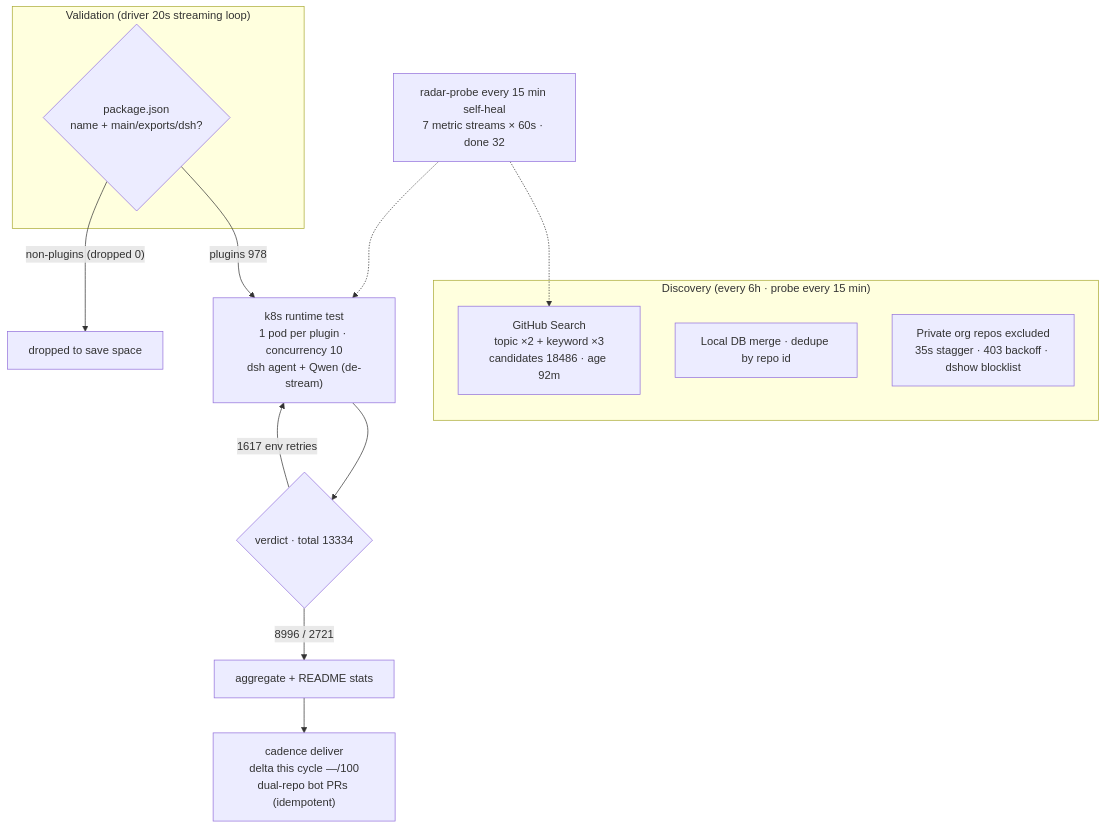
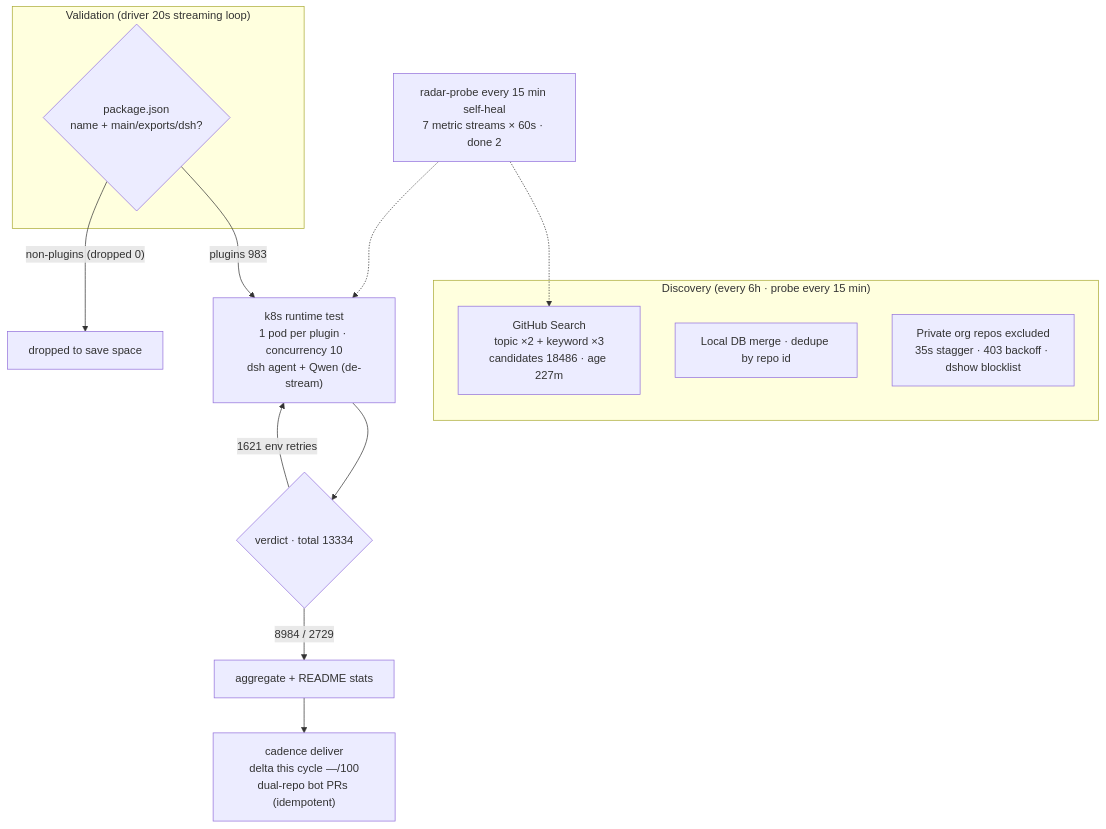
One commit to AdamPlatin123/dsh-plugin-radar changed the diagram in README.en-US.md. Above: the diagram before and after it, drawn with Mermaid. The commit also changed other lines of this file and 10 other files, not shown here.

````diff
--- a/README.en-US.md
+++ b/README.en-US.md
@@ -45,20 +45,20 @@
 ```mermaid
 flowchart TB
     subgraph Discovery["Discovery (every 6h · probe every 15 min)"]
-        A1["GitHub Search<br/>topic ×2 + keyword ×3<br/>candidates 18486 · age 92m"]
+        A1["GitHub Search<br/>topic ×2 + keyword ×3<br/>candidates 18486 · age 227m"]
         A2["Local DB merge · dedupe by repo id"]
         A3["Private org repos excluded<br/>35s stagger · 403 backoff · dshow blocklist"]
     end
     subgraph Validation["Validation (driver 20s streaming loop)"]
         B1{"package.json<br/>name + main/exports/dsh?"}
     end
-    B1 -->|"plugins 978"| C1["k8s runtime test<br/>1 pod per plugin · concurrency 10<br/>dsh agent + Qwen (de-stream)"]
+    B1 -->|"plugins 983"| C1["k8s runtime test<br/>1 pod per plugin · concurrency 10<br/>dsh agent + Qwen (de-stream)"]
     B1 -->|"non-plugins (dropped 0)"| B3["dropped to save space"]
     C1 --> D1{"verdict · total 13334"}
-    D1 -->|"8996 / 2721"| E1["aggregate + README stats"]
-    D1 -->|"1617 env retries"| C1
+    D1 -->|"8984 / 2729"| E1["aggregate + README stats"]
+    D1 -->|"1621 env retries"| C1
     E1 --> E2["cadence deliver<br/>delta this cycle —/100<br/>dual-repo bot PRs (idempotent)"]
-    M["radar-probe every 15 min self-heal<br/>7 metric streams × 60s · done 32"]
+    M["radar-probe every 15 min self-heal<br/>7 metric streams × 60s · done 2"]
     M -.-> A1
     M -.-> C1
 ```
````
